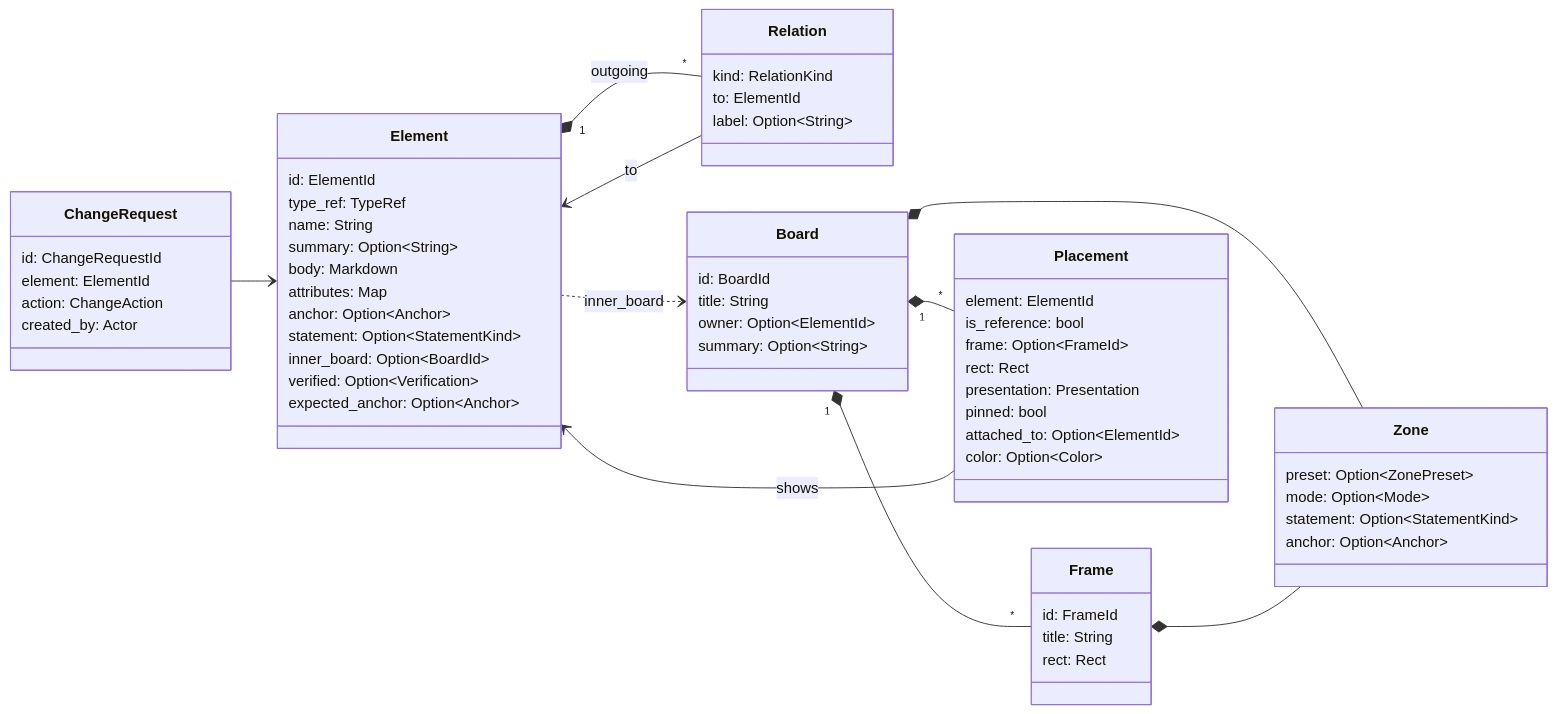
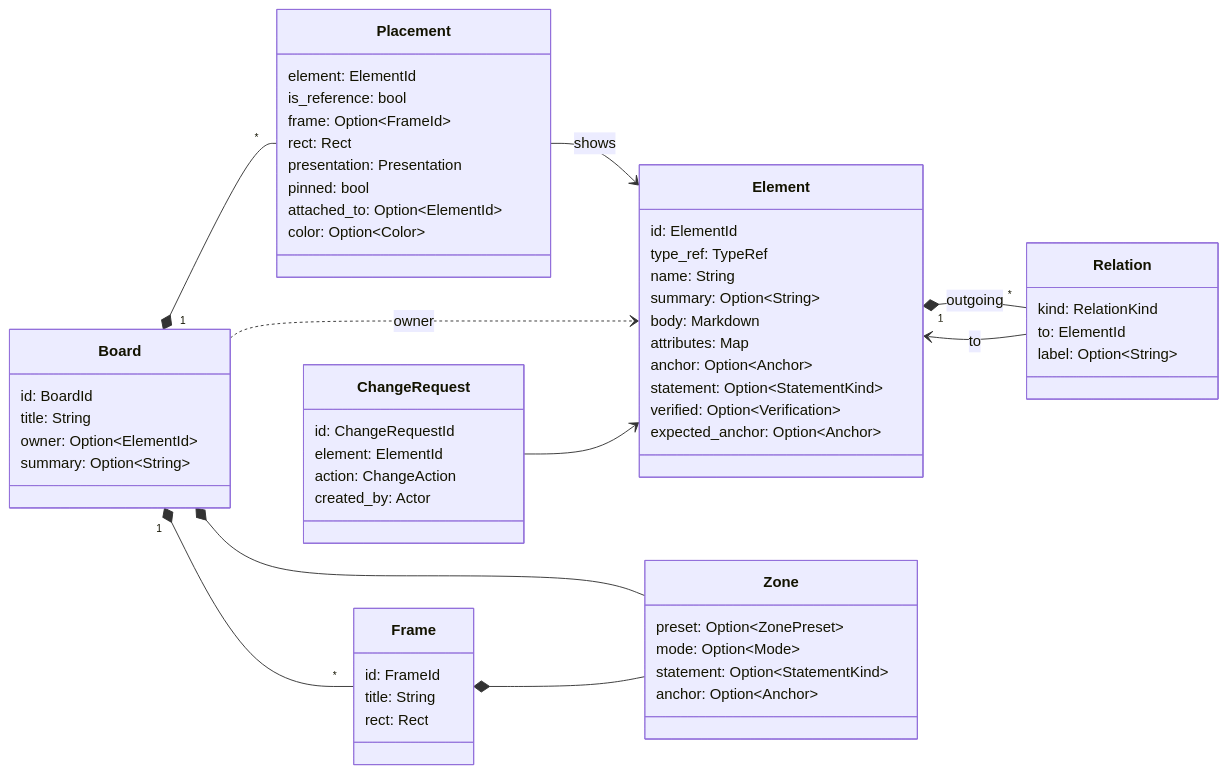
One commit to chdalski/abyme changed the diagram in docs/5 Architecture/Data Model.md. Above: the diagram before and after it, drawn with Mermaid. The commit also changed other lines of this file and 24 other files, not shown here.

First line of the commit message:
feat(core): give boards an owner and a summary, and update_board

````diff
--- a/docs/5 Architecture/Data Model.md
+++ b/docs/5 Architecture/Data Model.md
@@ -21,64 +21,63 @@
 ```mermaid
 classDiagram
     direction LR
     class Element {
         id: ElementId
         type_ref: TypeRef
         name: String
         summary: Option~String~
         body: Markdown
         attributes: Map
         anchor: Option~Anchor~
         statement: Option~StatementKind~
-        inner_board: Option~BoardId~
         verified: Option~Verification~
         expected_anchor: Option~Anchor~
     }
     class Relation {
         kind: RelationKind
         to: ElementId
         label: Option~String~
     }
     class Board {
         id: BoardId
         title: String
         owner: Option~ElementId~
         summary: Option~String~
     }
     class Frame {
         id: FrameId
         title: String
         rect: Rect
     }
     class Placement {
         element: ElementId
         is_reference: bool
         frame: Option~FrameId~
         rect: Rect
         presentation: Presentation
         pinned: bool
         attached_to: Option~ElementId~
         color: Option~Color~
     }
     class Zone {
         preset: Option~ZonePreset~
         mode: Option~Mode~
         statement: Option~StatementKind~
         anchor: Option~Anchor~
     }
     class ChangeRequest {
         id: ChangeRequestId
         element: ElementId
         action: ChangeAction
         created_by: Actor
     }
     Element "1" *-- "*" Relation : outgoing
     Relation --> Element : to
     Board "1" *-- "*" Frame
     Board "1" *-- "*" Placement
     Board *-- Zone
     Frame *-- Zone
     Placement --> Element : shows
-    Element ..> Board : inner_board
+    Board ..> Element : owner
     ChangeRequest --> Element
 ```
````
